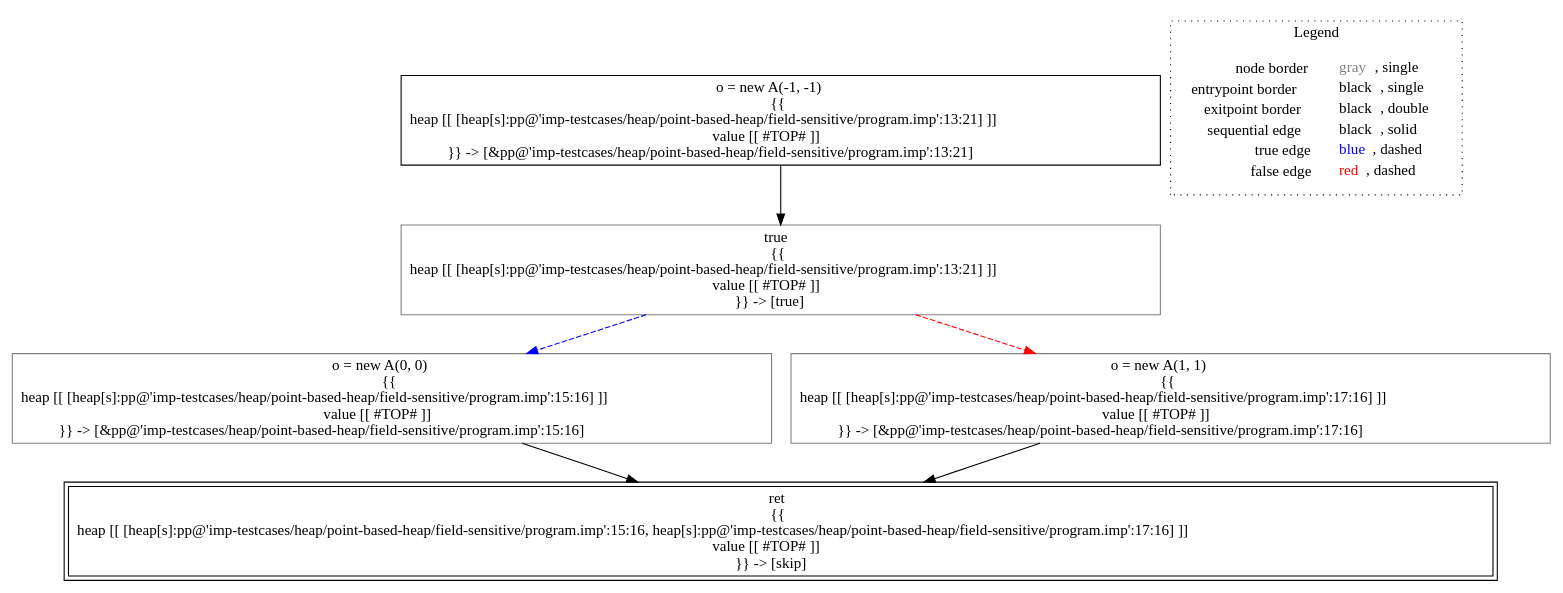
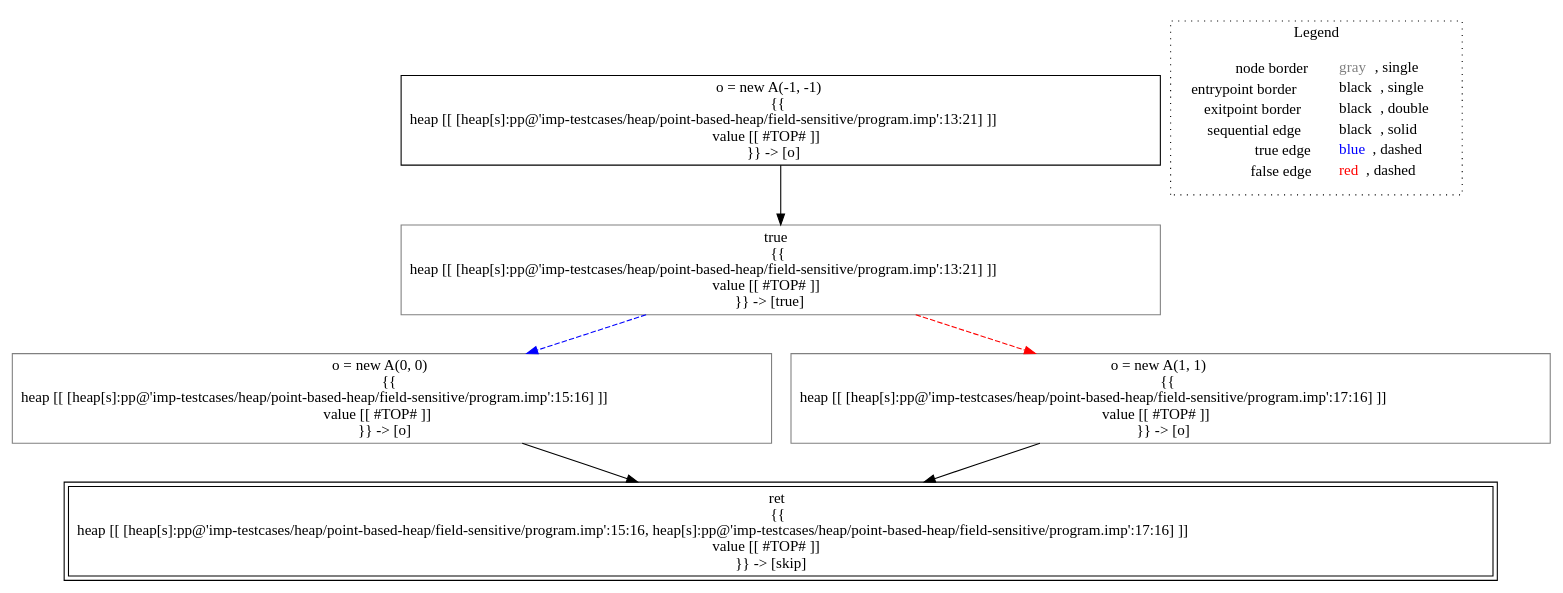
The diagram in lisa/imp-testcases/heap/point-based-heap/field-sensitive/analysis___untyped_A.f2(A_this).dot (lisa-analyzer/lisa), drawn with Graphviz before and after one commit. The commit also changed 33 other files, not shown here.

Commit message:
#95 refactored new heap symbolic expressions, removed rewriting in analysis state small step semantics and assign methods, point based heap tests

```diff
--- a/lisa/imp-testcases/heap/point-based-heap/field-sensitive/analysis___untyped_A.f2(A_this).dot
+++ b/lisa/imp-testcases/heap/point-based-heap/field-sensitive/analysis___untyped_A.f2(A_this).dot
@@ -1,19 +1,19 @@
 digraph {
-	"node0" [shape="rect",color="black",label=<o = new A(-1, -1)<BR/>{{<BR/>heap [[ [heap[s]:pp@'imp-testcases/heap/point-based-heap/field-sensitive/program.imp':13:21] ]]<BR/>value [[ #TOP# ]]<BR/>}} -&gt; [&amp;pp@'imp-testcases/heap/point-based-heap/field-sensitive/program.imp':13:21]>];
-	"node1" [shape="rect",color="gray",label=<true<BR/>{{<BR/>heap [[ [heap[s]:pp@'imp-testcases/heap/point-based-heap/field-sensitive/program.imp':13:21] ]]<BR/>value [[ #TOP# ]]<BR/>}} -&gt; [true]>];
-	"node2" [shape="rect",color="black",peripheries="2",label=<ret<BR/>{{<BR/>heap [[ [heap[s]:pp@'imp-testcases/heap/point-based-heap/field-sensitive/program.imp':15:16, heap[s]:pp@'imp-testcases/heap/point-based-heap/field-sensitive/program.imp':17:16] ]]<BR/>value [[ #TOP# ]]<BR/>}} -&gt; [skip]>];
-	"node3" [shape="rect",color="gray",label=<o = new A(0, 0)<BR/>{{<BR/>heap [[ [heap[s]:pp@'imp-testcases/heap/point-based-heap/field-sensitive/program.imp':15:16] ]]<BR/>value [[ #TOP# ]]<BR/>}} -&gt; [&amp;pp@'imp-testcases/heap/point-based-heap/field-sensitive/program.imp':15:16]>];
-	"node4" [shape="rect",color="gray",label=<o = new A(1, 1)<BR/>{{<BR/>heap [[ [heap[s]:pp@'imp-testcases/heap/point-based-heap/field-sensitive/program.imp':17:16] ]]<BR/>value [[ #TOP# ]]<BR/>}} -&gt; [&amp;pp@'imp-testcases/heap/point-based-heap/field-sensitive/program.imp':17:16]>];
-	"node0" -> "node1" [color="black"];
-	"node1" -> "node3" [color="blue",style="dashed"];
-	"node1" -> "node4" [color="red",style="dashed"];
-	"node3" -> "node2" [color="black"];
-	"node4" -> "node2" [color="black"];
+	"node0" [shape="rect",color="black",label=<o = new A(-1, -1)<BR/>{{<BR/>heap [[ [heap[s]:pp@'imp-testcases/heap/point-based-heap/field-sensitive/program.imp':13:21] ]]<BR/>value [[ #TOP# ]]<BR/>}} -&gt; [o]>];
+	"node1" [shape="rect",color="gray",label=<o = new A(0, 0)<BR/>{{<BR/>heap [[ [heap[s]:pp@'imp-testcases/heap/point-based-heap/field-sensitive/program.imp':15:16] ]]<BR/>value [[ #TOP# ]]<BR/>}} -&gt; [o]>];
+	"node2" [shape="rect",color="gray",label=<o = new A(1, 1)<BR/>{{<BR/>heap [[ [heap[s]:pp@'imp-testcases/heap/point-based-heap/field-sensitive/program.imp':17:16] ]]<BR/>value [[ #TOP# ]]<BR/>}} -&gt; [o]>];
+	"node3" [shape="rect",color="gray",label=<true<BR/>{{<BR/>heap [[ [heap[s]:pp@'imp-testcases/heap/point-based-heap/field-sensitive/program.imp':13:21] ]]<BR/>value [[ #TOP# ]]<BR/>}} -&gt; [true]>];
+	"node4" [shape="rect",color="black",peripheries="2",label=<ret<BR/>{{<BR/>heap [[ [heap[s]:pp@'imp-testcases/heap/point-based-heap/field-sensitive/program.imp':15:16, heap[s]:pp@'imp-testcases/heap/point-based-heap/field-sensitive/program.imp':17:16] ]]<BR/>value [[ #TOP# ]]<BR/>}} -&gt; [skip]>];
+	"node0" -> "node3" [color="black"];
+	"node1" -> "node4" [color="black"];
+	"node2" -> "node4" [color="black"];
+	"node3" -> "node1" [color="blue",style="dashed"];
+	"node3" -> "node2" [color="red",style="dashed"];
 subgraph cluster_legend {
 	label="Legend";
 	style=dotted;
 	node [shape=plaintext];
 	"legend" [label=<<table border="0" cellpadding="2" cellspacing="0" cellborder="0"><tr><td align="right">node border&nbsp;</td><td align="left"><font color="gray">gray</font>, single</td></tr><tr><td align="right">entrypoint border&nbsp;</td><td align="left"><font color="black">black</font>, single</td></tr><tr><td align="right">exitpoint border&nbsp;</td><td align="left"><font color="black">black</font>, double</td></tr><tr><td align="right">sequential edge&nbsp;</td><td align="left"><font color="black">black</font>, solid</td></tr><tr><td align="right">true edge&nbsp;</td><td align="left"><font color="blue">blue</font>, dashed</td></tr><tr><td align="right">false edge&nbsp;</td><td align="left"><font color="red">red</font>, dashed</td></tr></table>>];
 }
 
 }
```
